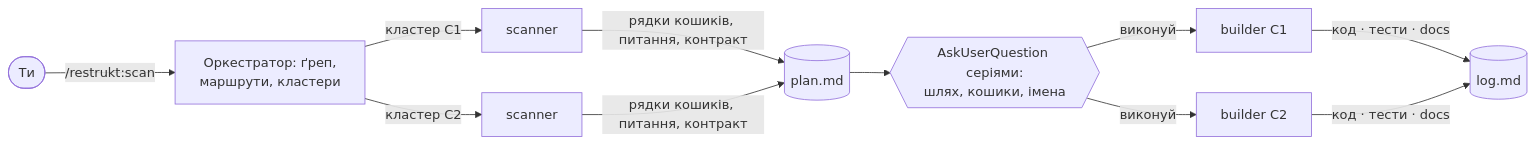
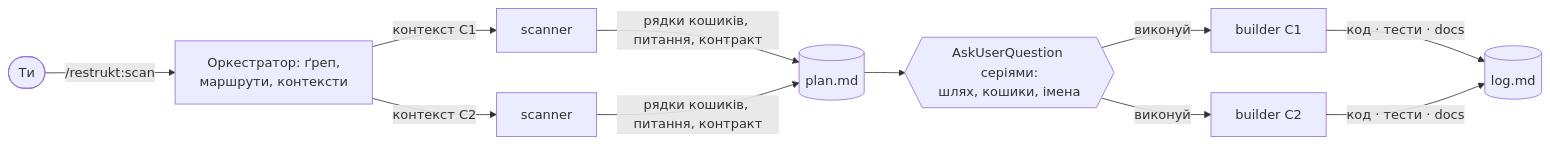
Before and after one commit to romxnb/restrukt: the second of 2 diagrams in README.md, drawn with Mermaid. The commit also changed other lines of this file and 14 other files, not shown here.

````diff
--- a/README.md
+++ b/README.md
@@ -21,11 +21,11 @@
 ```mermaid
 flowchart LR
-  U([Ти]) -->|/restrukt:scan| O[Оркестратор: ґреп,<br/>маршрути, кластери]
-  O -->|кластер C1| S1[scanner]
-  O -->|кластер C2| S2[scanner]
+  U([Ти]) -->|/restrukt:scan| O[Оркестратор: ґреп,<br/>маршрути, контексти]
+  O -->|контекст C1| S1[scanner]
+  O -->|контекст C2| S2[scanner]
   S1 & S2 -->|рядки кошиків, питання, контракт| P[(plan.md)]
   P --> QA{{AskUserQuestion серіями:<br/>шлях, кошики, імена}}
   QA -->|виконуй| B1[builder C1]
   QA -->|виконуй| B2[builder C2]
   B1 & B2 -->|код · тести · docs| L[(log.md)]
 ```
````
